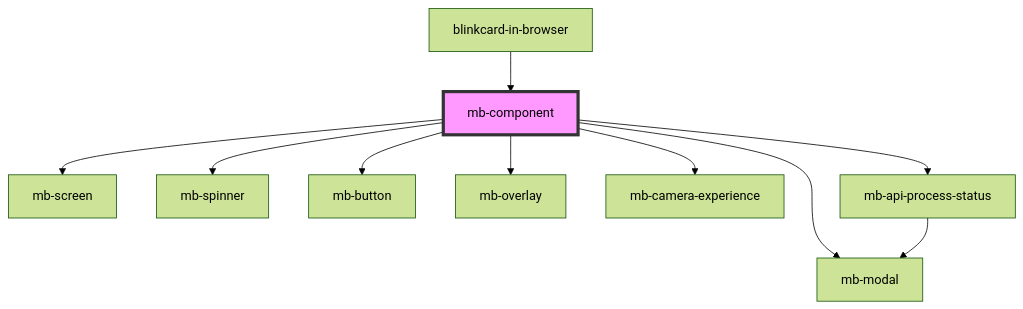
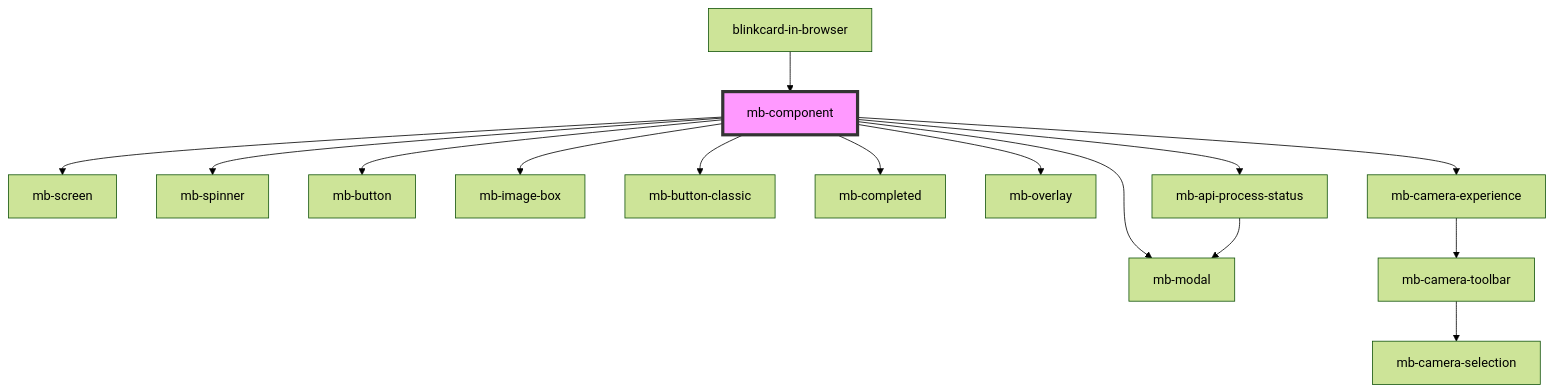
Before and after one commit to blinkcard/blinkcard-in-browser: the diagram in ui/docs/components/shared/mb-component/readme.md, drawn with Mermaid (forest theme). The commit also changed other lines of this file and 104 other files, not shown here.

````diff
--- a/ui/docs/components/shared/mb-component/readme.md
+++ b/ui/docs/components/shared/mb-component/readme.md
@@ -87,13 +93,18 @@
 ```mermaid
 graph TD;
   mb-component --> mb-screen
   mb-component --> mb-spinner
   mb-component --> mb-button
+  mb-component --> mb-image-box
+  mb-component --> mb-button-classic
+  mb-component --> mb-completed
   mb-component --> mb-overlay
   mb-component --> mb-modal
   mb-component --> mb-camera-experience
   mb-component --> mb-api-process-status
+  mb-camera-experience --> mb-camera-toolbar
+  mb-camera-toolbar --> mb-camera-selection
   mb-api-process-status --> mb-modal
   blinkcard-in-browser --> mb-component
   style mb-component fill:#f9f,stroke:#333,stroke-width:4px
 ```
````
